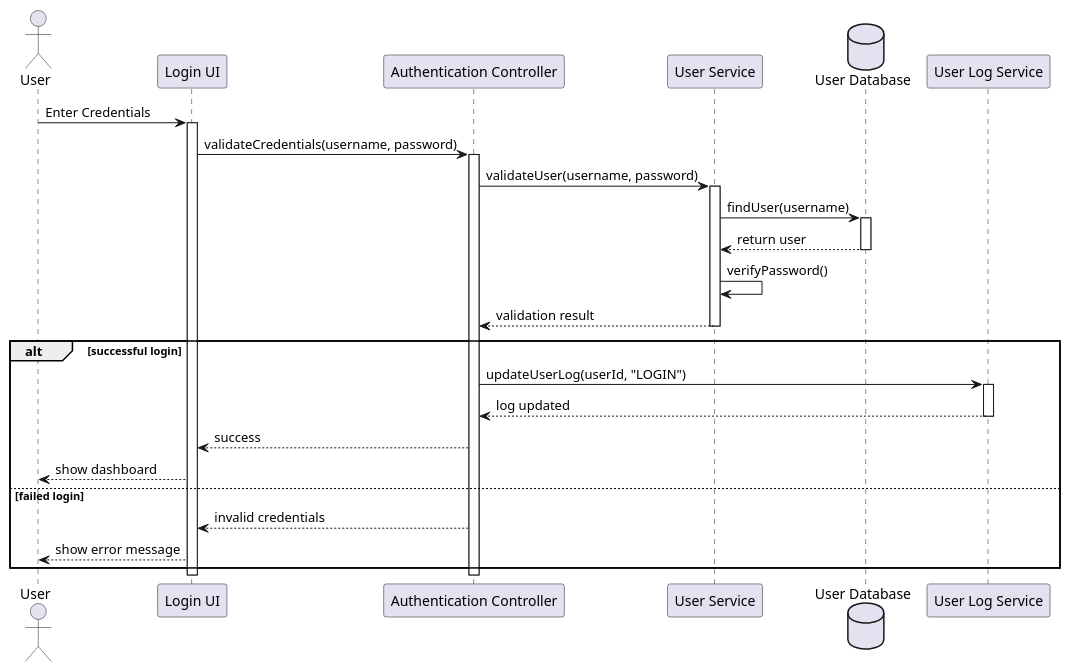
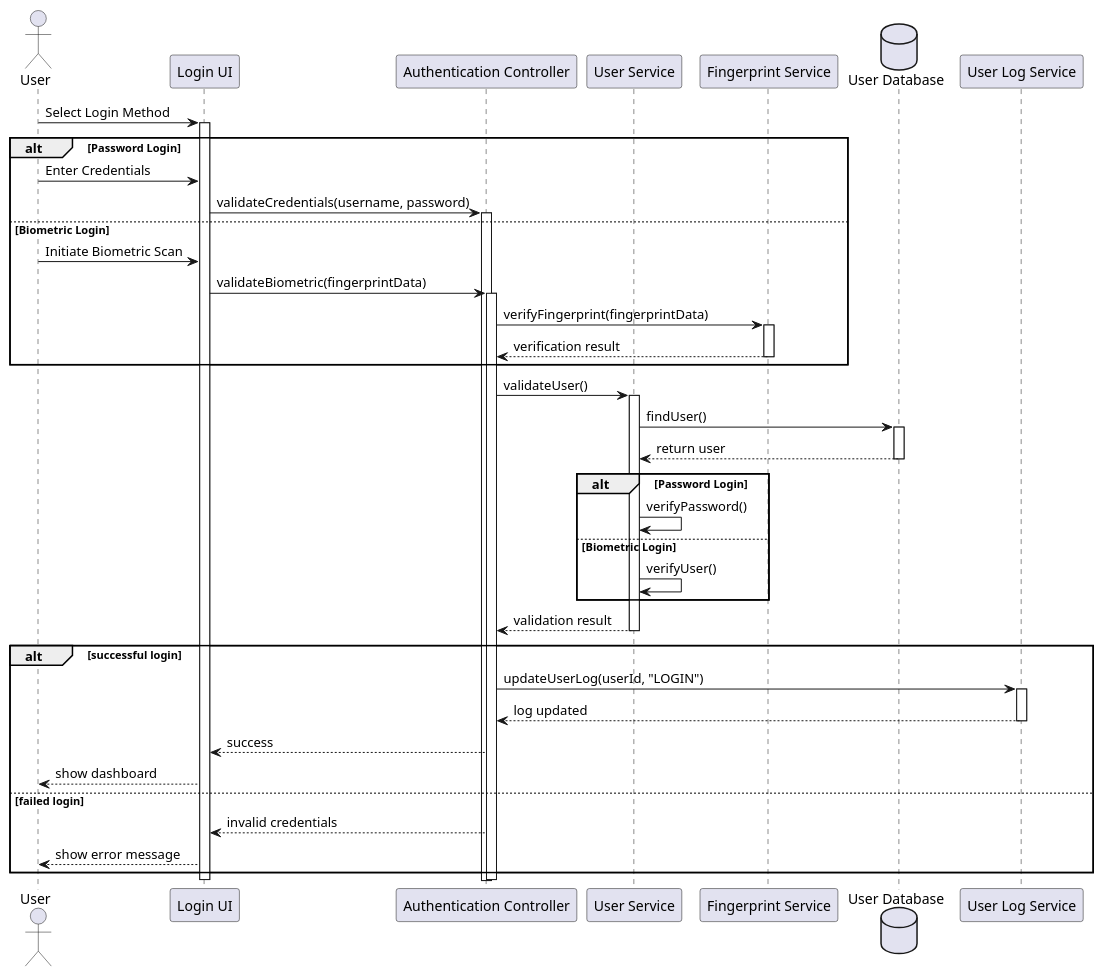
The diagram in docs/sequence/authentication.puml (AdithyaSean/School-Management-System), drawn with PlantUML before and after one commit. The commit also changed 28 other files, not shown here.

Commit message:
Add sequence diagrams for system monitoring, staff management, time table management, communication, broadcast announcements, GPA calculation, attendance verification, authentication, profile management, and remove student assessment diagram

```diff
--- a/docs/sequence/authentication.puml
+++ b/docs/sequence/authentication.puml
@@ -1,44 +1,60 @@
 @startuml Authentication Sequence
 
 actor User
 participant "Login UI" as UI
 participant "Authentication Controller" as Auth
 participant "User Service" as UserSvc
+participant "Fingerprint Service" as FP
 database "User Database" as DB
 participant "User Log Service" as Log
 
-User -> UI: Enter Credentials
+User -> UI: Select Login Method
 activate UI
 
-UI -> Auth: validateCredentials(username, password)
-activate Auth
+alt Password Login
+    User -> UI: Enter Credentials
+    UI -> Auth: validateCredentials(username, password)
+    activate Auth
+else Biometric Login
+    User -> UI: Initiate Biometric Scan
+    UI -> Auth: validateBiometric(fingerprintData)
+    activate Auth
+    Auth -> FP: verifyFingerprint(fingerprintData)
+    activate FP
+    FP --> Auth: verification result
+    deactivate FP
+end
 
-Auth -> UserSvc: validateUser(username, password)
+Auth -> UserSvc: validateUser()
 activate UserSvc
 
-UserSvc -> DB: findUser(username)
+UserSvc -> DB: findUser()
 activate DB
 DB --> UserSvc: return user
 deactivate DB
 
-UserSvc -> UserSvc: verifyPassword()
+alt Password Login
+    UserSvc -> UserSvc: verifyPassword()
+else Biometric Login
+    UserSvc -> UserSvc: verifyUser()
+end
 UserSvc --> Auth: validation result
 deactivate UserSvc
 
 alt successful login
     Auth -> Log: updateUserLog(userId, "LOGIN")
     activate Log
     Log --> Auth: log updated
     deactivate Log
     
     Auth --> UI: success
     UI --> User: show dashboard
 else failed login
     Auth --> UI: invalid credentials
     UI --> User: show error message
 end
 
 deactivate Auth
 deactivate UI
 
 @enduml
```
